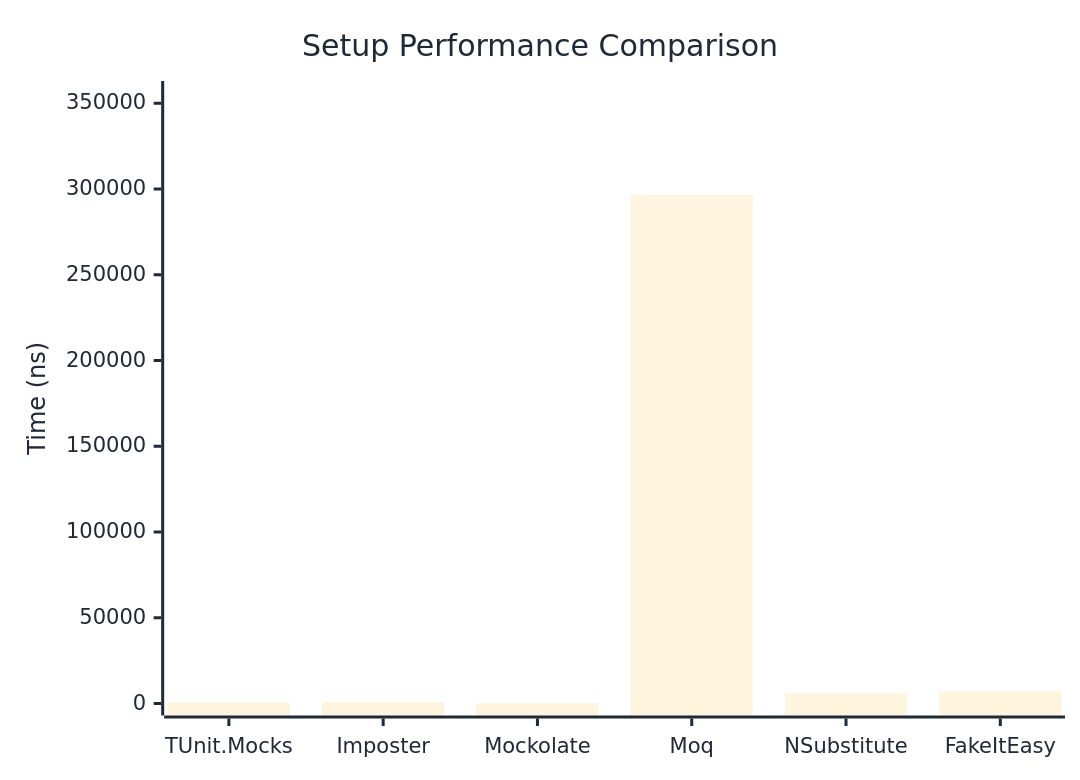
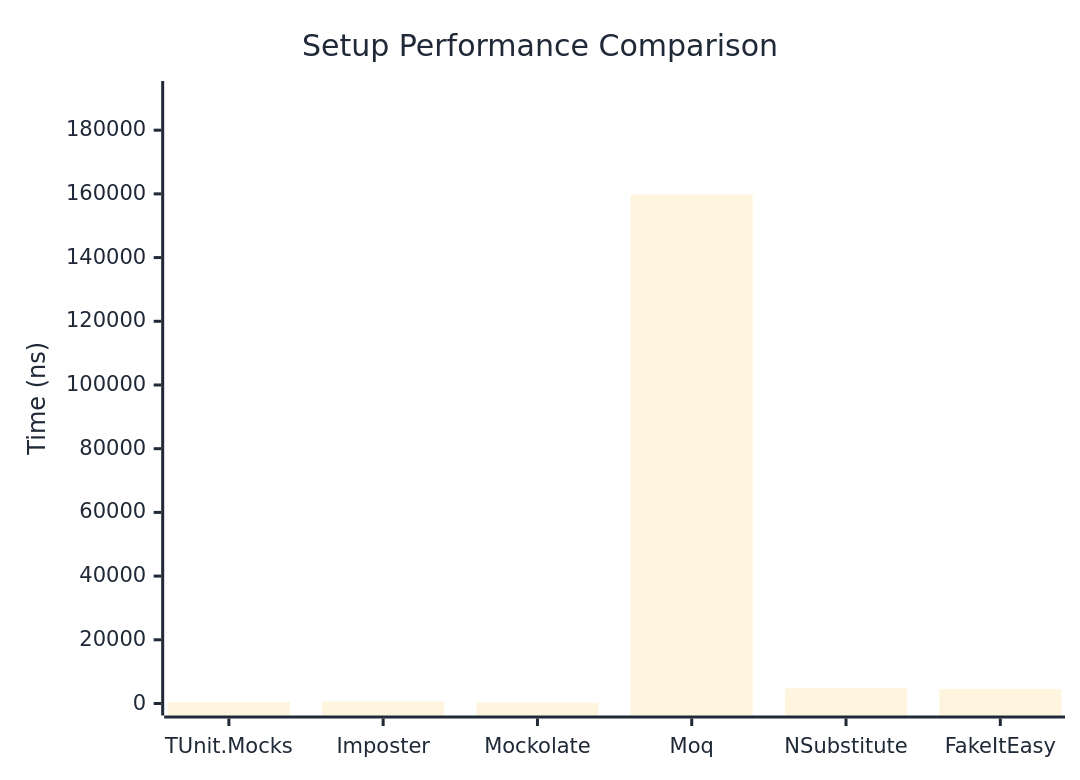
Before and after one commit to thomhurst/TUnit: the first of 2 diagrams in docs/docs/benchmarks/mocks/Setup.md, drawn with Mermaid. The commit also changed other lines of this file and 14 other files, not shown here.

````diff
--- a/docs/docs/benchmarks/mocks/Setup.md
+++ b/docs/docs/benchmarks/mocks/Setup.md
@@ -30,27 +30,27 @@
 ```mermaid
 %%{init: {
   'theme':'base',
   'themeVariables': {
     'primaryColor': '#2563eb',
     'primaryTextColor': '#1f2937',
     'primaryBorderColor': '#1e40af',
     'lineColor': '#6b7280',
     'secondaryColor': '#7c3aed',
     'tertiaryColor': '#dc2626',
     'background': '#ffffff',
     'pie1': '#2563eb',
     'pie2': '#7c3aed',
     'pie3': '#dc2626',
     'pie4': '#f59e0b',
     'pie5': '#10b981',
     'pie6': '#06b6d4',
     'pie7': '#ec4899',
     'pie8': '#6366f1'
   }
 }}%%
 xychart-beta
   title "Setup Performance Comparison"
   x-axis ["TUnit.Mocks", "Imposter", "Mockolate", "Moq", "NSubstitute", "FakeItEasy"]
-  y-axis "Time (ns)" 0 --> 355987
-  bar [558, 785.8, 334.3, 296655.4, 5951.5, 7229]
+  y-axis "Time (ns)" 0 --> 191673
+  bar [421.5, 665.9, 255.6, 159727.2, 4769, 4569.9]
 ```
````
